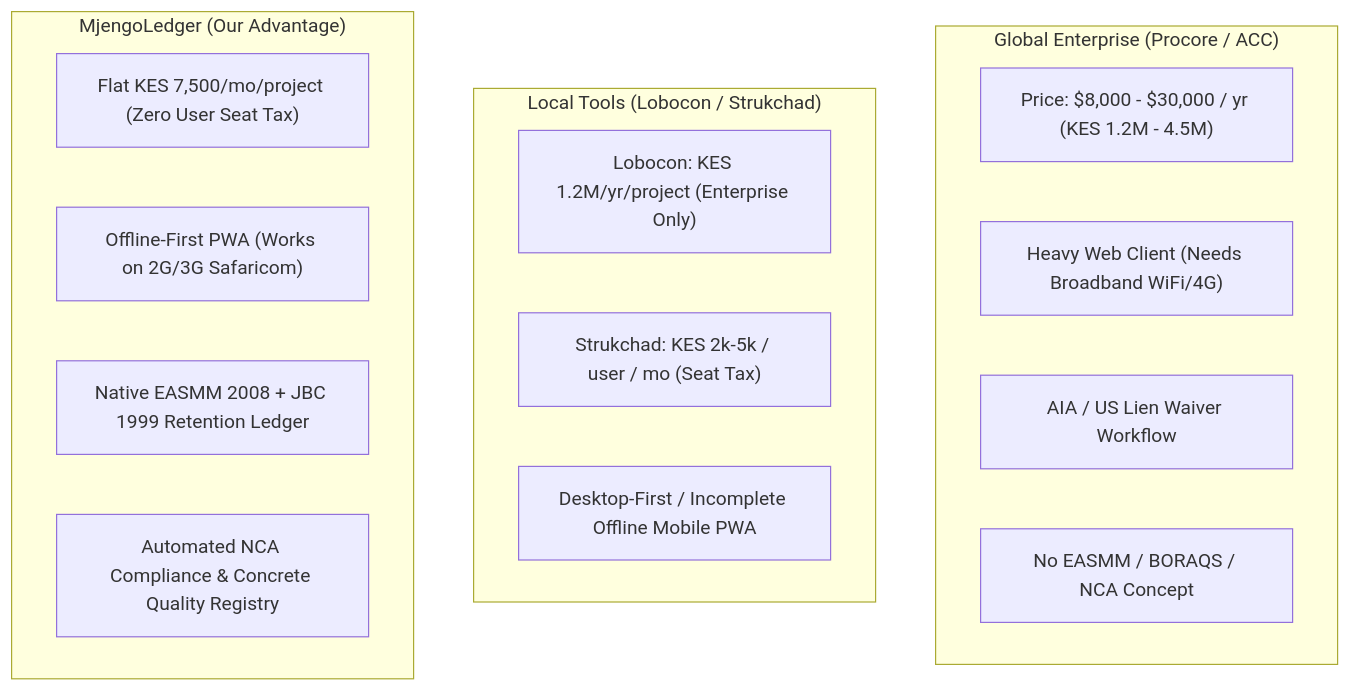
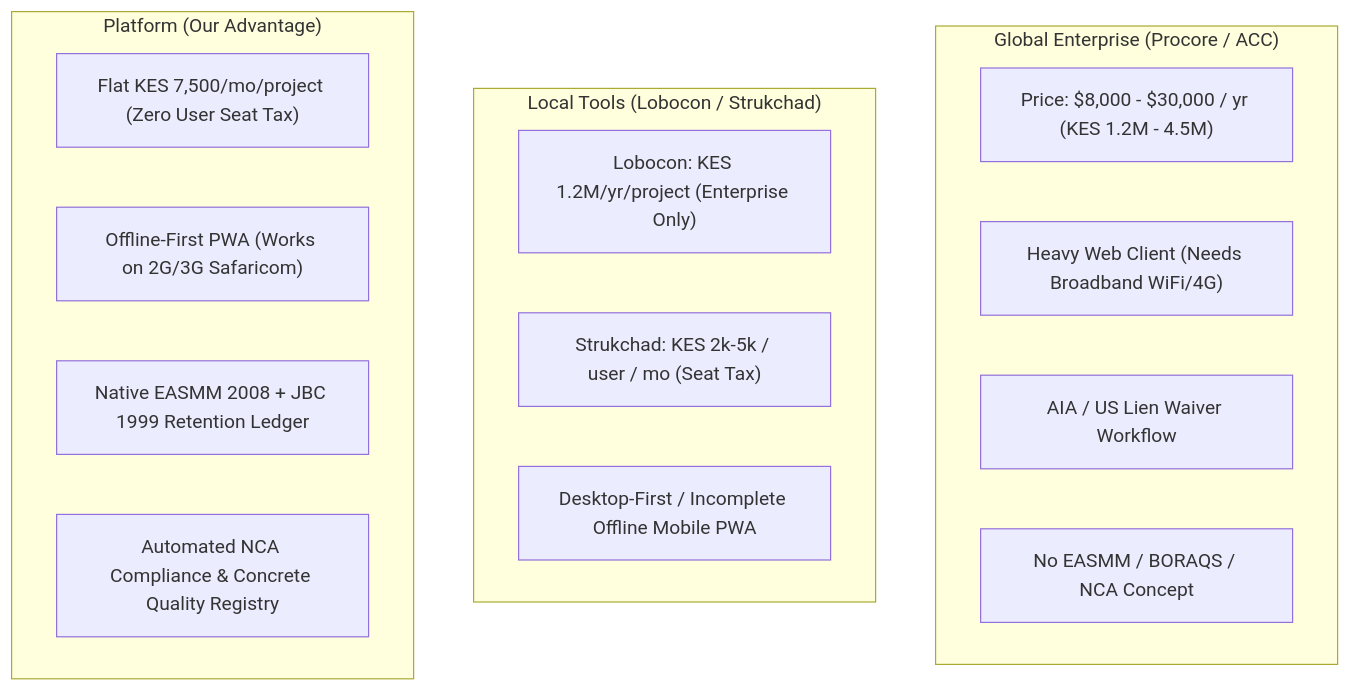
Before and after one commit to parrot-y/Construction: the first of 4 diagrams in docs/research/CONTRACTOR_LIFECYCLE_AND_BENCHMARK.md, drawn with Mermaid. The commit also changed other lines of this file and 71 other files, not shown here.

````diff
--- a/docs/research/CONTRACTOR_LIFECYCLE_AND_BENCHMARK.md
+++ b/docs/research/CONTRACTOR_LIFECYCLE_AND_BENCHMARK.md
@@ -64,22 +64,22 @@
 ```mermaid
 flowchart TD
     subgraph Global_Tools["Global Enterprise (Procore / ACC)"]
         G1["Price: $8,000 - $30,000 / yr (KES 1.2M - 4.5M)"]
         G2["Heavy Web Client (Needs Broadband WiFi/4G)"]
         G3["AIA / US Lien Waiver Workflow"]
         G4["No EASMM / BORAQS / NCA Concept"]
     end
 
     subgraph Local_Tools["Local Tools (Lobocon / Strukchad)"]
         L1["Lobocon: KES 1.2M/yr/project (Enterprise Only)"]
         L2["Strukchad: KES 2k-5k / user / mo (Seat Tax)"]
         L3["Desktop-First / Incomplete Offline Mobile PWA"]
     end
 
-    subgraph MjengoLedger_Moat["MjengoLedger (Our Advantage)"]
+    subgraph Platform_Moat["Platform (Our Advantage)"]
         M1["Flat KES 7,500/mo/project (Zero User Seat Tax)"]
         M2["Offline-First PWA (Works on 2G/3G Safaricom)"]
         M3["Native EASMM 2008 + JBC 1999 Retention Ledger"]
         M4["Automated NCA Compliance & Concrete Quality Registry"]
     end
 ```
````
